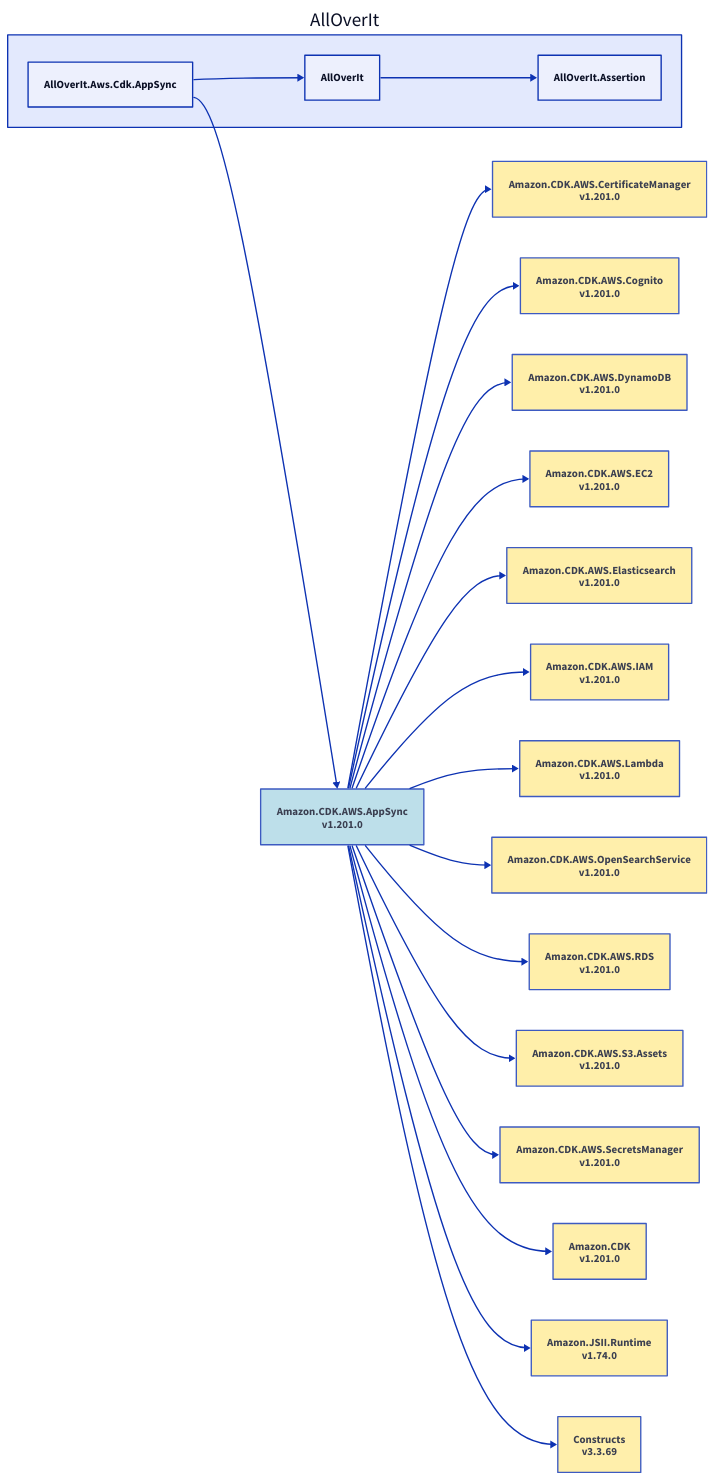
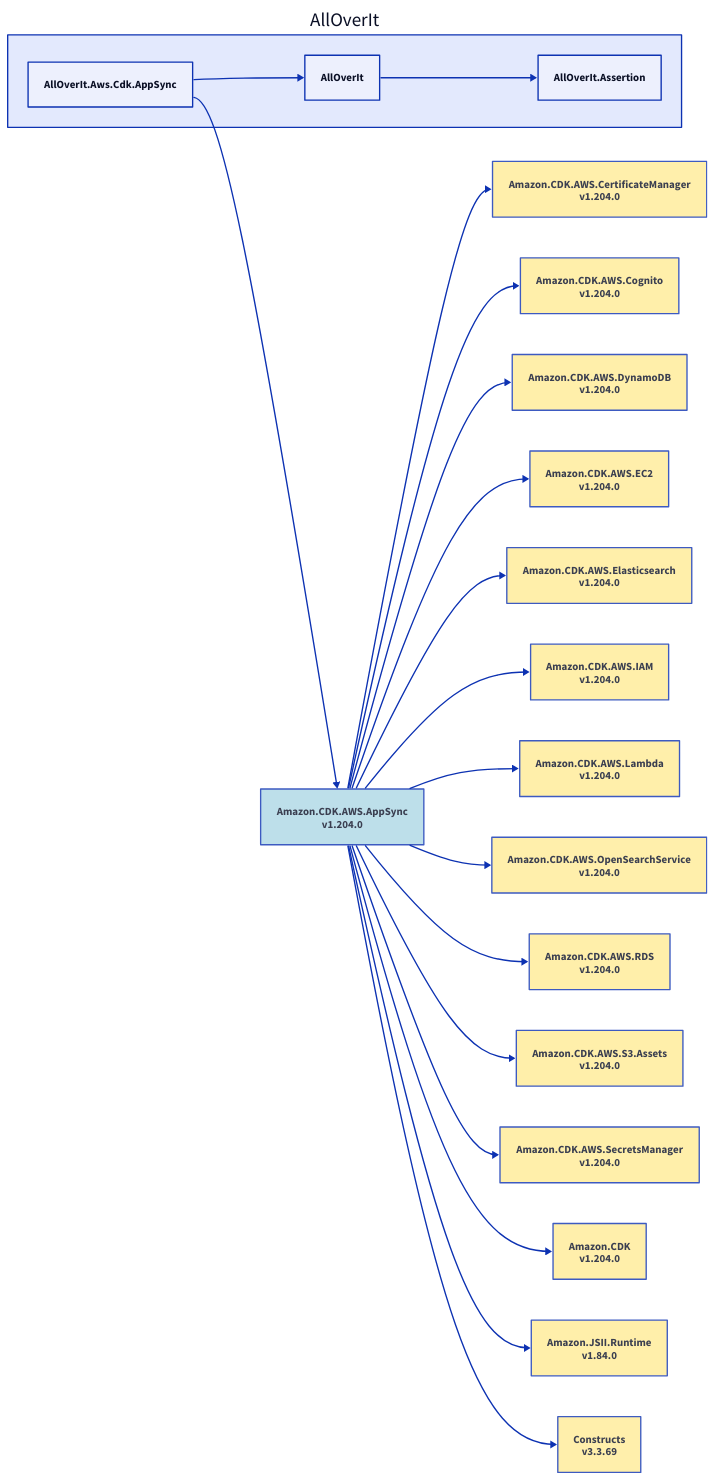
The diagram in Docs/Dependencies/alloverit-aws-cdk-appsync.d2 (nickathone/AllOverIt), drawn with D2 before and after one commit. The commit also changed 20 other files, not shown here.

Commit message:
Dependency diagram updates

```diff
--- a/Docs/Dependencies/alloverit-aws-cdk-appsync.d2
+++ b/Docs/Dependencies/alloverit-aws-cdk-appsync.d2
@@ -1,68 +1,68 @@
 direction: right
 
 aoi: AllOverIt
 aoi.alloverit-aws-cdk-appsync: AllOverIt.Aws.Cdk.AppSync
-amazon-cdk-aws-appsync_1-201-0: Amazon.CDK.AWS.AppSync\nv1.201.0
-amazon-cdk-aws-appsync_1-201-0.style.fill: "#ADD8E6"
-amazon-cdk-aws-appsync_1-201-0.style.opacity: 0.8
-amazon-cdk-aws-certificatemanager_1-201-0: Amazon.CDK.AWS.CertificateManager\nv1.201.0
-amazon-cdk-aws-certificatemanager_1-201-0.style.fill: "#FFEC96"
-amazon-cdk-aws-certificatemanager_1-201-0.style.opacity: 0.8
-amazon-cdk-aws-certificatemanager_1-201-0 <- amazon-cdk-aws-appsync_1-201-0
-amazon-cdk-aws-cognito_1-201-0: Amazon.CDK.AWS.Cognito\nv1.201.0
-amazon-cdk-aws-cognito_1-201-0.style.fill: "#FFEC96"
-amazon-cdk-aws-cognito_1-201-0.style.opacity: 0.8
-amazon-cdk-aws-cognito_1-201-0 <- amazon-cdk-aws-appsync_1-201-0
-amazon-cdk-aws-dynamodb_1-201-0: Amazon.CDK.AWS.DynamoDB\nv1.201.0
-amazon-cdk-aws-dynamodb_1-201-0.style.fill: "#FFEC96"
-amazon-cdk-aws-dynamodb_1-201-0.style.opacity: 0.8
-amazon-cdk-aws-dynamodb_1-201-0 <- amazon-cdk-aws-appsync_1-201-0
-amazon-cdk-aws-ec2_1-201-0: Amazon.CDK.AWS.EC2\nv1.201.0
-amazon-cdk-aws-ec2_1-201-0.style.fill: "#FFEC96"
-amazon-cdk-aws-ec2_1-201-0.style.opacity: 0.8
-amazon-cdk-aws-ec2_1-201-0 <- amazon-cdk-aws-appsync_1-201-0
-amazon-cdk-aws-elasticsearch_1-201-0: Amazon.CDK.AWS.Elasticsearch\nv1.201.0
-amazon-cdk-aws-elasticsearch_1-201-0.style.fill: "#FFEC96"
-amazon-cdk-aws-elasticsearch_1-201-0.style.opacity: 0.8
-amazon-cdk-aws-elasticsearch_1-201-0 <- amazon-cdk-aws-appsync_1-201-0
-amazon-cdk-aws-iam_1-201-0: Amazon.CDK.AWS.IAM\nv1.201.0
-amazon-cdk-aws-iam_1-201-0.style.fill: "#FFEC96"
-amazon-cdk-aws-iam_1-201-0.style.opacity: 0.8
-amazon-cdk-aws-iam_1-201-0 <- amazon-cdk-aws-appsync_1-201-0
-amazon-cdk-aws-lambda_1-201-0: Amazon.CDK.AWS.Lambda\nv1.201.0
-amazon-cdk-aws-lambda_1-201-0.style.fill: "#FFEC96"
-amazon-cdk-aws-lambda_1-201-0.style.opacity: 0.8
-amazon-cdk-aws-lambda_1-201-0 <- amazon-cdk-aws-appsync_1-201-0
-amazon-cdk-aws-opensearchservice_1-201-0: Amazon.CDK.AWS.OpenSearchService\nv1.201.0
-amazon-cdk-aws-opensearchservice_1-201-0.style.fill: "#FFEC96"
-amazon-cdk-aws-opensearchservice_1-201-0.style.opacity: 0.8
-amazon-cdk-aws-opensearchservice_1-201-0 <- amazon-cdk-aws-appsync_1-201-0
-amazon-cdk-aws-rds_1-201-0: Amazon.CDK.AWS.RDS\nv1.201.0
-amazon-cdk-aws-rds_1-201-0.style.fill: "#FFEC96"
-amazon-cdk-aws-rds_1-201-0.style.opacity: 0.8
-amazon-cdk-aws-rds_1-201-0 <- amazon-cdk-aws-appsync_1-201-0
-amazon-cdk-aws-s3-assets_1-201-0: Amazon.CDK.AWS.S3.Assets\nv1.201.0
-amazon-cdk-aws-s3-assets_1-201-0.style.fill: "#FFEC96"
-amazon-cdk-aws-s3-assets_1-201-0.style.opacity: 0.8
-amazon-cdk-aws-s3-assets_1-201-0 <- amazon-cdk-aws-appsync_1-201-0
-amazon-cdk-aws-secretsmanager_1-201-0: Amazon.CDK.AWS.SecretsManager\nv1.201.0
-amazon-cdk-aws-secretsmanager_1-201-0.style.fill: "#FFEC96"
-amazon-cdk-aws-secretsmanager_1-201-0.style.opacity: 0.8
-amazon-cdk-aws-secretsmanager_1-201-0 <- amazon-cdk-aws-appsync_1-201-0
-amazon-cdk_1-201-0: Amazon.CDK\nv1.201.0
-amazon-cdk_1-201-0.style.fill: "#FFEC96"
-amazon-cdk_1-201-0.style.opacity: 0.8
-amazon-cdk_1-201-0 <- amazon-cdk-aws-appsync_1-201-0
-amazon-jsii-runtime_1-74-0: Amazon.JSII.Runtime\nv1.74.0
-amazon-jsii-runtime_1-74-0.style.fill: "#FFEC96"
-amazon-jsii-runtime_1-74-0.style.opacity: 0.8
-amazon-jsii-runtime_1-74-0 <- amazon-cdk-aws-appsync_1-201-0
+amazon-cdk-aws-appsync_1-204-0: Amazon.CDK.AWS.AppSync\nv1.204.0
+amazon-cdk-aws-appsync_1-204-0.style.fill: "#ADD8E6"
+amazon-cdk-aws-appsync_1-204-0.style.opacity: 0.8
+amazon-cdk-aws-certificatemanager_1-204-0: Amazon.CDK.AWS.CertificateManager\nv1.204.0
+amazon-cdk-aws-certificatemanager_1-204-0.style.fill: "#FFEC96"
+amazon-cdk-aws-certificatemanager_1-204-0.style.opacity: 0.8
+amazon-cdk-aws-certificatemanager_1-204-0 <- amazon-cdk-aws-appsync_1-204-0
+amazon-cdk-aws-cognito_1-204-0: Amazon.CDK.AWS.Cognito\nv1.204.0
+amazon-cdk-aws-cognito_1-204-0.style.fill: "#FFEC96"
+amazon-cdk-aws-cognito_1-204-0.style.opacity: 0.8
+amazon-cdk-aws-cognito_1-204-0 <- amazon-cdk-aws-appsync_1-204-0
+amazon-cdk-aws-dynamodb_1-204-0: Amazon.CDK.AWS.DynamoDB\nv1.204.0
+amazon-cdk-aws-dynamodb_1-204-0.style.fill: "#FFEC96"
+amazon-cdk-aws-dynamodb_1-204-0.style.opacity: 0.8
+amazon-cdk-aws-dynamodb_1-204-0 <- amazon-cdk-aws-appsync_1-204-0
+amazon-cdk-aws-ec2_1-204-0: Amazon.CDK.AWS.EC2\nv1.204.0
+amazon-cdk-aws-ec2_1-204-0.style.fill: "#FFEC96"
+amazon-cdk-aws-ec2_1-204-0.style.opacity: 0.8
+amazon-cdk-aws-ec2_1-204-0 <- amazon-cdk-aws-appsync_1-204-0
+amazon-cdk-aws-elasticsearch_1-204-0: Amazon.CDK.AWS.Elasticsearch\nv1.204.0
+amazon-cdk-aws-elasticsearch_1-204-0.style.fill: "#FFEC96"
+amazon-cdk-aws-elasticsearch_1-204-0.style.opacity: 0.8
+amazon-cdk-aws-elasticsearch_1-204-0 <- amazon-cdk-aws-appsync_1-204-0
+amazon-cdk-aws-iam_1-204-0: Amazon.CDK.AWS.IAM\nv1.204.0
+amazon-cdk-aws-iam_1-204-0.style.fill: "#FFEC96"
+amazon-cdk-aws-iam_1-204-0.style.opacity: 0.8
+amazon-cdk-aws-iam_1-204-0 <- amazon-cdk-aws-appsync_1-204-0
+amazon-cdk-aws-lambda_1-204-0: Amazon.CDK.AWS.Lambda\nv1.204.0
+amazon-cdk-aws-lambda_1-204-0.style.fill: "#FFEC96"
+amazon-cdk-aws-lambda_1-204-0.style.opacity: 0.8
+amazon-cdk-aws-lambda_1-204-0 <- amazon-cdk-aws-appsync_1-204-0
+amazon-cdk-aws-opensearchservice_1-204-0: Amazon.CDK.AWS.OpenSearchService\nv1.204.0
+amazon-cdk-aws-opensearchservice_1-204-0.style.fill: "#FFEC96"
+amazon-cdk-aws-opensearchservice_1-204-0.style.opacity: 0.8
+amazon-cdk-aws-opensearchservice_1-204-0 <- amazon-cdk-aws-appsync_1-204-0
+amazon-cdk-aws-rds_1-204-0: Amazon.CDK.AWS.RDS\nv1.204.0
+amazon-cdk-aws-rds_1-204-0.style.fill: "#FFEC96"
+amazon-cdk-aws-rds_1-204-0.style.opacity: 0.8
+amazon-cdk-aws-rds_1-204-0 <- amazon-cdk-aws-appsync_1-204-0
+amazon-cdk-aws-s3-assets_1-204-0: Amazon.CDK.AWS.S3.Assets\nv1.204.0
+amazon-cdk-aws-s3-assets_1-204-0.style.fill: "#FFEC96"
+amazon-cdk-aws-s3-assets_1-204-0.style.opacity: 0.8
+amazon-cdk-aws-s3-assets_1-204-0 <- amazon-cdk-aws-appsync_1-204-0
+amazon-cdk-aws-secretsmanager_1-204-0: Amazon.CDK.AWS.SecretsManager\nv1.204.0
+amazon-cdk-aws-secretsmanager_1-204-0.style.fill: "#FFEC96"
+amazon-cdk-aws-secretsmanager_1-204-0.style.opacity: 0.8
+amazon-cdk-aws-secretsmanager_1-204-0 <- amazon-cdk-aws-appsync_1-204-0
+amazon-cdk_1-204-0: Amazon.CDK\nv1.204.0
+amazon-cdk_1-204-0.style.fill: "#FFEC96"
+amazon-cdk_1-204-0.style.opacity: 0.8
+amazon-cdk_1-204-0 <- amazon-cdk-aws-appsync_1-204-0
+amazon-jsii-runtime_1-84-0: Amazon.JSII.Runtime\nv1.84.0
+amazon-jsii-runtime_1-84-0.style.fill: "#FFEC96"
+amazon-jsii-runtime_1-84-0.style.opacity: 0.8
+amazon-jsii-runtime_1-84-0 <- amazon-cdk-aws-appsync_1-204-0
 constructs_3-3-69: Constructs\nv3.3.69
 constructs_3-3-69.style.fill: "#FFEC96"
 constructs_3-3-69.style.opacity: 0.8
-constructs_3-3-69 <- amazon-cdk-aws-appsync_1-201-0
-amazon-cdk-aws-appsync_1-201-0 <- aoi.alloverit-aws-cdk-appsync
+constructs_3-3-69 <- amazon-cdk-aws-appsync_1-204-0
+amazon-cdk-aws-appsync_1-204-0 <- aoi.alloverit-aws-cdk-appsync
 aoi.alloverit: AllOverIt
 aoi.alloverit-assertion: AllOverIt.Assertion
 aoi.alloverit-assertion <- aoi.alloverit
 aoi.alloverit <- aoi.alloverit-aws-cdk-appsync
```
